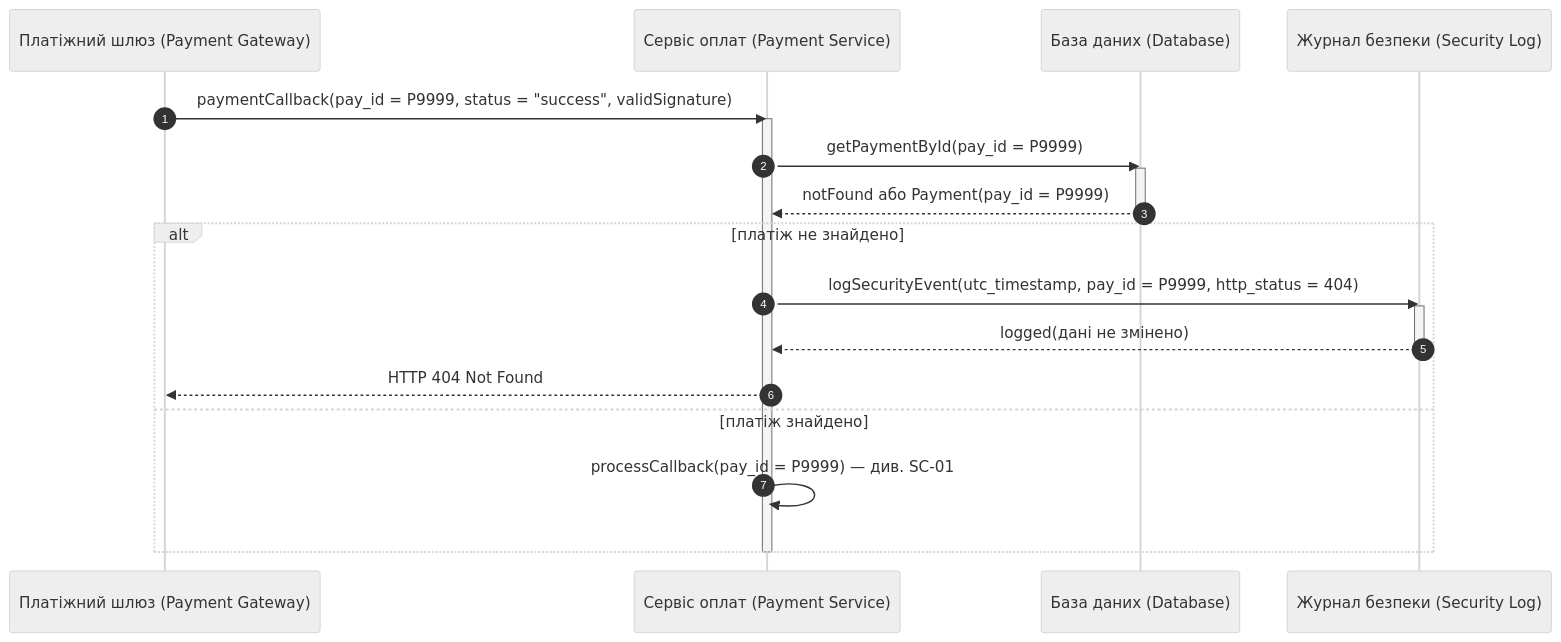
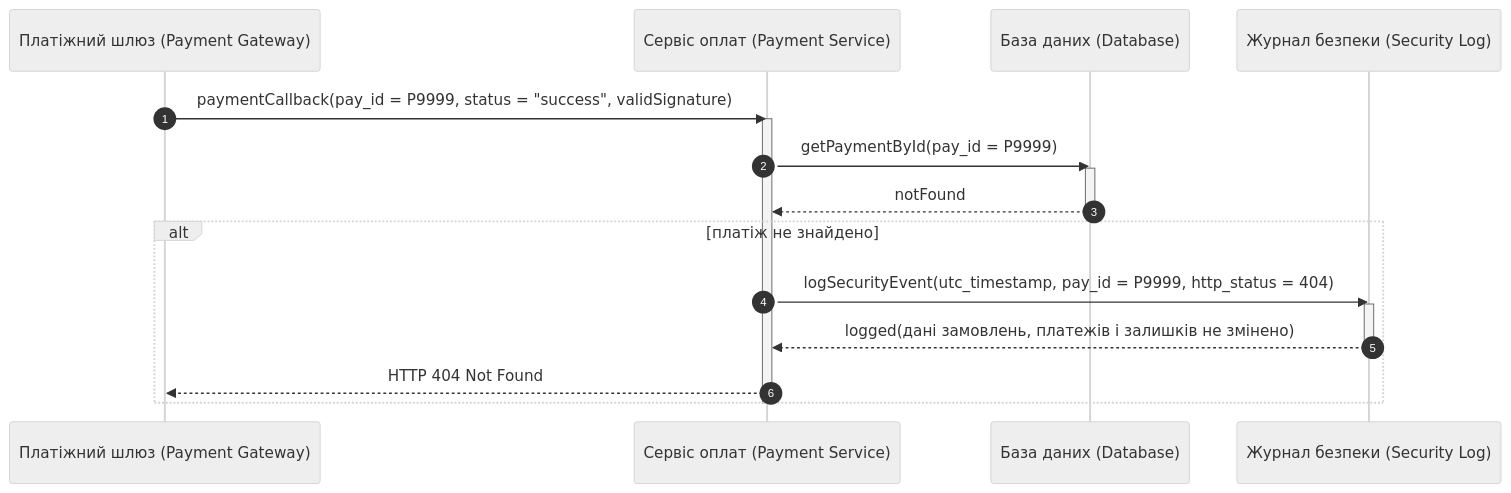
Diagram 11 of 15 in Lab3/diagram.md (hutnichs/KPI_MAVPZ), drawn with Mermaid (neutral theme) before and after one commit. The commit also changed other lines of this file, not shown here.

Commit message:
Clarified order status checks in payment

````diff
--- a/Lab3/diagram.md
+++ b/Lab3/diagram.md
@@ -381,25 +388,24 @@
 ```mermaid
 sequenceDiagram
     autonumber
     participant PGW as Платіжний шлюз (Payment Gateway)
     participant PS as Сервіс оплат (Payment Service)
     participant DB as База даних (Database)
     participant SecLog as Журнал безпеки (Security Log)
 
     PGW->>PS: paymentCallback(pay_id = P9999, status = "success", validSignature)
     activate PS
     PS->>DB: getPaymentById(pay_id = P9999)
     activate DB
-    DB-->>PS: notFound або Payment(pay_id = P9999)
+    DB-->>PS: notFound
     deactivate DB
+
     alt платіж не знайдено
         PS->>SecLog: logSecurityEvent(utc_timestamp, pay_id = P9999, http_status = 404)
         activate SecLog
-        SecLog-->>PS: logged(дані не змінено)
+        SecLog-->>PS: logged(дані замовлень, платежів і залишків не змінено)
         deactivate SecLog
         PS-->>PGW: HTTP 404 Not Found
-    else платіж знайдено
-        PS->>PS: processCallback(pay_id = P9999) — див. SC-01
     end
     deactivate PS
 ```
````
